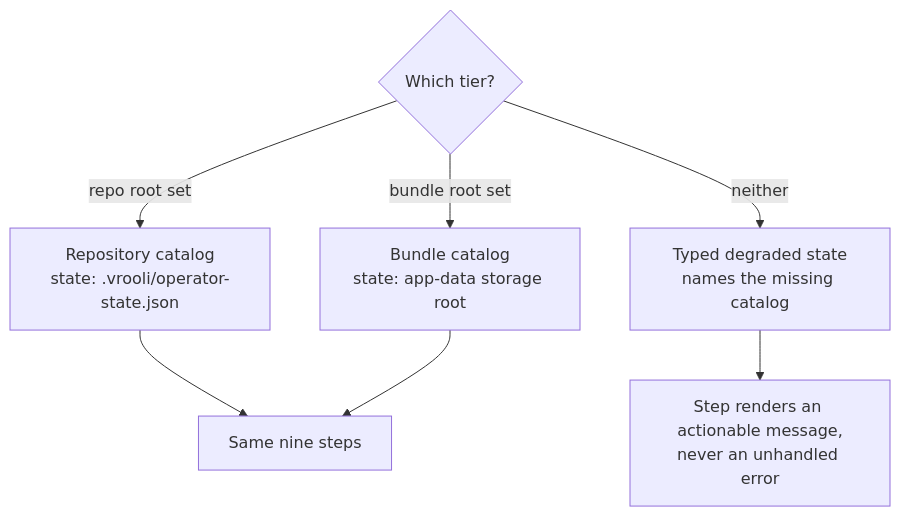
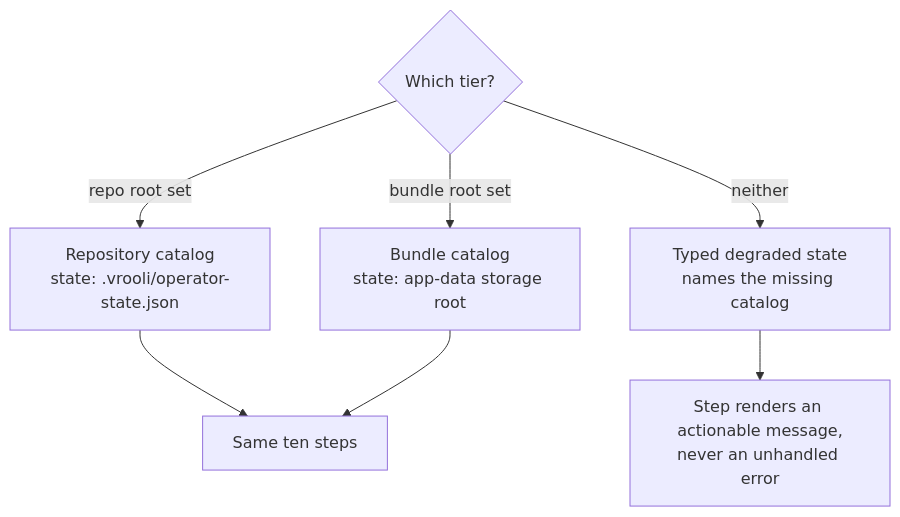
One commit to Vrooli/Vrooli changed the third of 3 diagrams in scenarios/vrooli-onboarding/docs/WIZARD_FLOW.md. Above: the diagram before and after it, drawn with Mermaid. The commit also changed other lines of this file and 173 other files, not shown here.

````diff
--- a/scenarios/vrooli-onboarding/docs/WIZARD_FLOW.md
+++ b/scenarios/vrooli-onboarding/docs/WIZARD_FLOW.md
@@ -385,10 +407,10 @@
 ```mermaid
 flowchart TD
   R{"Which tier?"}
   R -->|"repo root set"| A["Repository catalog<br/>state: .vrooli/operator-state.json"]
   R -->|"bundle root set"| B["Bundle catalog<br/>state: app-data storage root"]
   R -->|"neither"| C["Typed degraded state<br/>names the missing catalog"]
-  A --> D["Same nine steps"]
+  A --> D["Same ten steps"]
   B --> D
   C --> E["Step renders an actionable message,<br/>never an unhandled error"]
 ```
````
